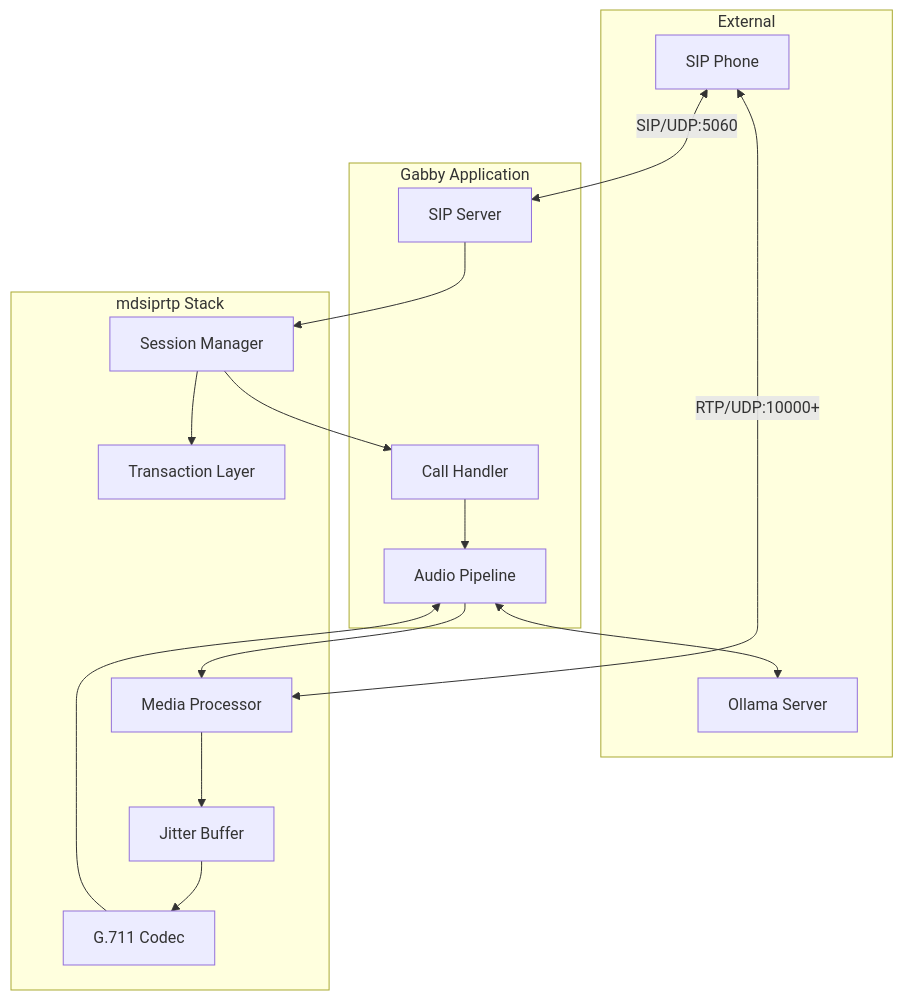
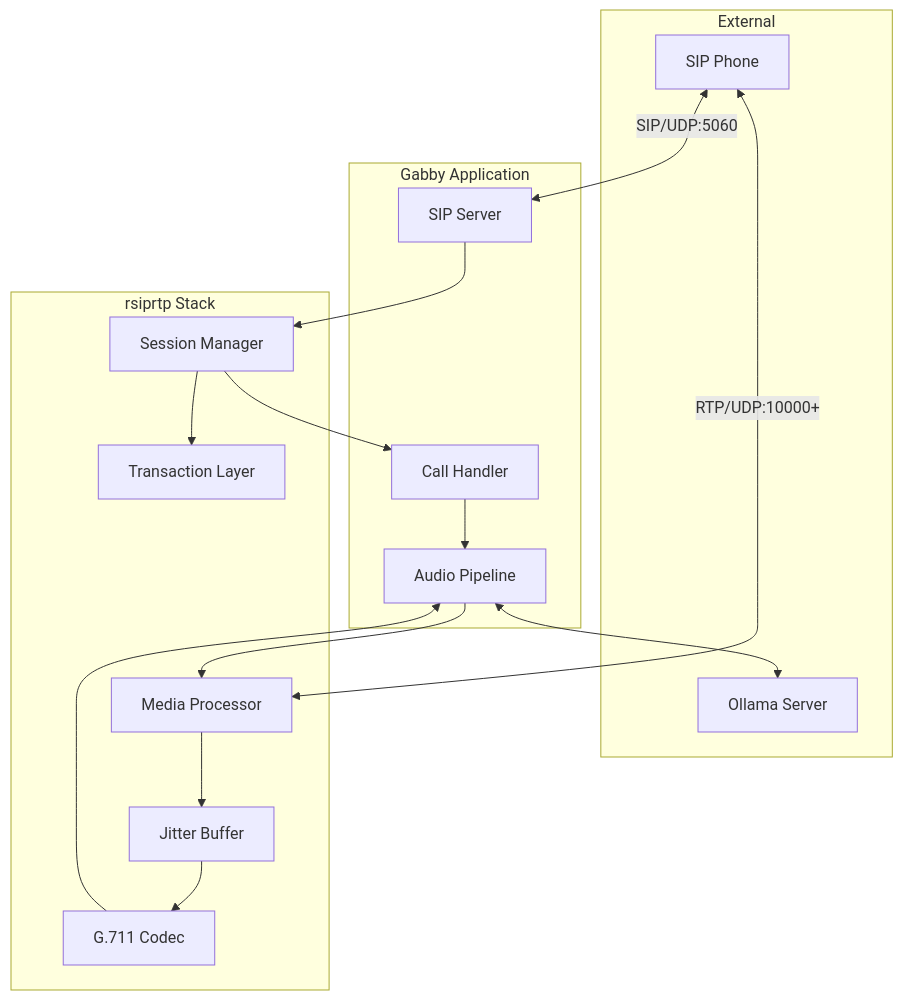
Before and after one commit to 0x4D44/rsiprtp: the fifth of 5 diagrams in README.md, drawn with Mermaid. The commit also changed other lines of this file and 209 other files, not shown here.

First line of the commit message:
Rename mdsiprtp to rsiprtp across workspace

````diff
--- a/README.md
+++ b/README.md
@@ -198,36 +198,36 @@
 ```mermaid
 flowchart TB
     subgraph External["External"]
         PHONE[SIP Phone]
         OLLAMA[Ollama Server]
     end
 
     subgraph Gabby["Gabby Application"]
         SERVER[SIP Server]
         CALL[Call Handler]
         PIPELINE[Audio Pipeline]
     end
 
-    subgraph mdsiprtp["mdsiprtp Stack"]
+    subgraph rsiprtp["rsiprtp Stack"]
         SESS[Session Manager]
         TRANS[Transaction Layer]
         MEDIA_PROC[Media Processor]
         JITTER[Jitter Buffer]
         CODEC[G.711 Codec]
     end
 
     PHONE <-->|SIP/UDP:5060| SERVER
     PHONE <-->|RTP/UDP:10000+| MEDIA_PROC
 
     SERVER --> SESS
     SESS --> TRANS
     SESS --> CALL
 
     CALL --> PIPELINE
     PIPELINE <--> OLLAMA
     PIPELINE --> MEDIA_PROC
 
     MEDIA_PROC --> JITTER
     JITTER --> CODEC
     CODEC --> PIPELINE
 ```
````
